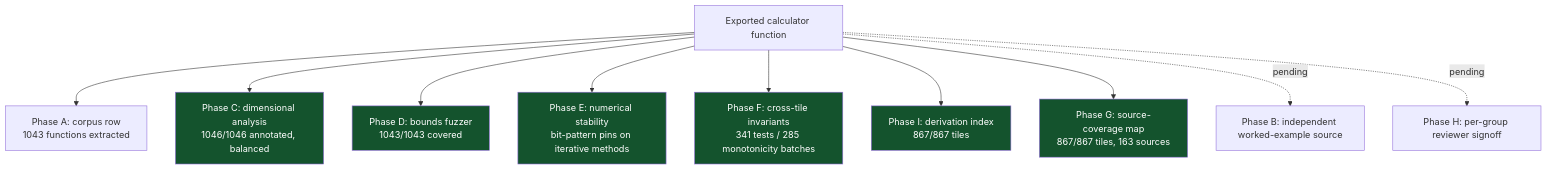
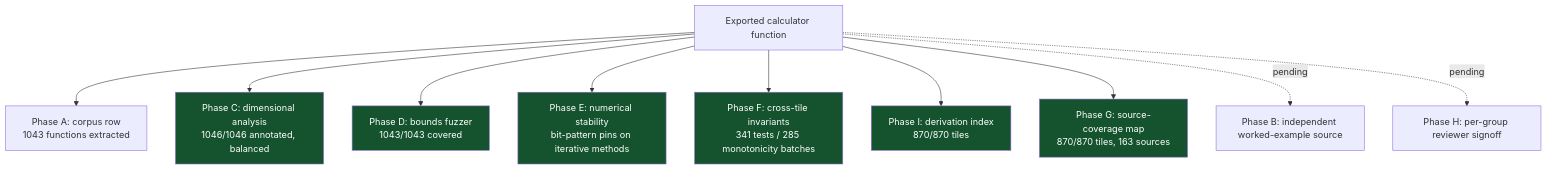
One commit to clay-good/roughlogic.com changed the sixth of 8 diagrams in README.md. Above: the diagram before and after it, drawn with Mermaid. The commit also changed other lines of this file and 20 other files, not shown here.

````diff
--- a/README.md
+++ b/README.md
@@ -519,18 +519,18 @@
 ```mermaid
 flowchart TB
     F[Exported calculator function] --> A[Phase A: corpus row\n1043 functions extracted]
     F --> C[Phase C: dimensional analysis\n1046/1046 annotated, balanced]
     F --> D[Phase D: bounds fuzzer\n1043/1043 covered]
     F --> E[Phase E: numerical stability\nbit-pattern pins on iterative methods]
     F --> Fa[Phase F: cross-tile invariants\n341 tests / 285 monotonicity batches]
-    F --> I[Phase I: derivation index\n867/867 tiles]
-    F --> G[Phase G: source-coverage map\n867/867 tiles, 163 sources]
+    F --> I[Phase I: derivation index\n870/870 tiles]
+    F --> G[Phase G: source-coverage map\n870/870 tiles, 163 sources]
     F -.pending.-> B[Phase B: independent worked-example source]
     F -.pending.-> H[Phase H: per-group reviewer signoff]
     style C fill:#14532d,color:#fff
     style D fill:#14532d,color:#fff
     style E fill:#14532d,color:#fff
     style Fa fill:#14532d,color:#fff
     style G fill:#14532d,color:#fff
     style I fill:#14532d,color:#fff
 ```
````
